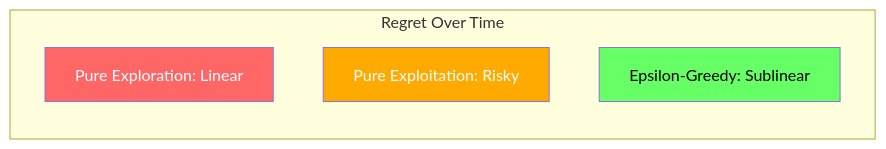
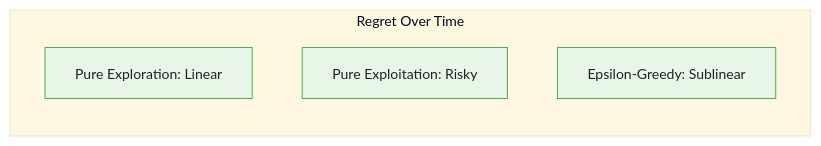
Before and after one commit to m-deane/course-creator: the third of 4 diagrams in courses/multi-armed-bandits-ab-testing/modules/module_00_foundations/guides/02_explore_exploit_tradeoff_slides.md, drawn with Mermaid. The commit also changed other lines of this file and 146 other files, not shown here.

````diff
--- a/courses/multi-armed-bandits-ab-testing/modules/module_00_foundations/guides/02_explore_exploit_tradeoff_slides.md
+++ b/courses/multi-armed-bandits-ab-testing/modules/module_00_foundations/guides/02_explore_exploit_tradeoff_slides.md
@@ -260,11 +299,9 @@
 ```mermaid
+%%{init: {"theme": "base", "themeVariables": {"primaryColor": "#e8f5e9", "primaryBorderColor": "#4caf50", "primaryTextColor": "#212121", "secondaryColor": "#e3f2fd", "tertiaryColor": "#fff8e1", "lineColor": "#757575", "fontFamily": "Inter, sans-serif", "fontSize": "14px"}}}%%
 graph LR
     subgraph Regret["Regret Over Time"]
         PE["Pure Exploration: Linear"]
         PX["Pure Exploitation: Risky"]
         EG["Epsilon-Greedy: Sublinear"]
     end
-    style PE fill:#f66,color:#fff
-    style PX fill:#fa0,color:#fff
-    style EG fill:#6f6,color:#000
 ```
````
